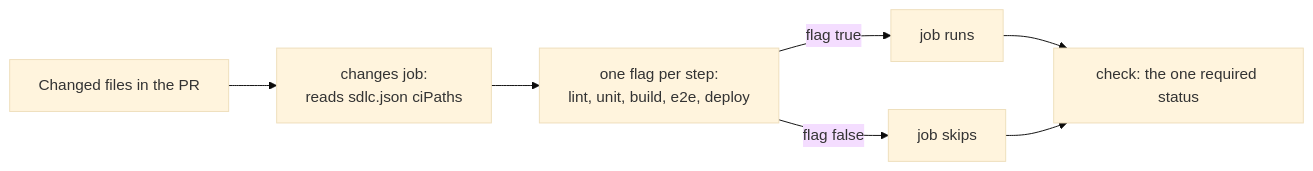
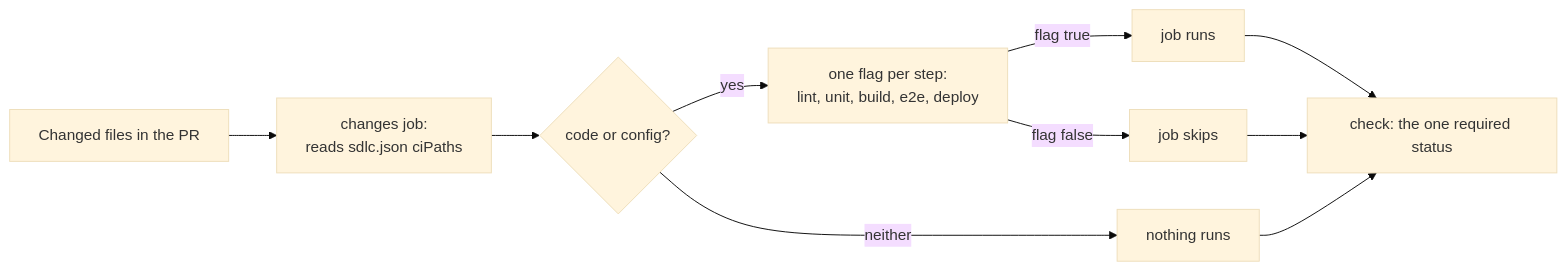
Before and after one commit to cdudek/calvin-sdlc: the third of 3 diagrams in docs/sdlc-run.md, drawn with Mermaid (base theme). The commit also changed other lines of this file and 18 other files, not shown here.

````diff
--- a/docs/sdlc-run.md
+++ b/docs/sdlc-run.md
@@ -121,9 +248,12 @@
 ```mermaid
 flowchart LR
   A["Changed files in the PR"] --> C["changes job:<br/>reads sdlc.json ciPaths"]
-  C --> F["one flag per step:<br/>lint, unit, build, e2e, deploy"]
+  C --> N{"code or config?"}
+  N -->|neither| X["nothing runs"]
+  N -->|yes| F["one flag per step:<br/>lint, unit, build, e2e, deploy"]
   F -->|flag true| R["job runs"]
   F -->|flag false| S["job skips"]
   R --> K["check: the one required status"]
   S --> K
+  X --> K
 ```
````
